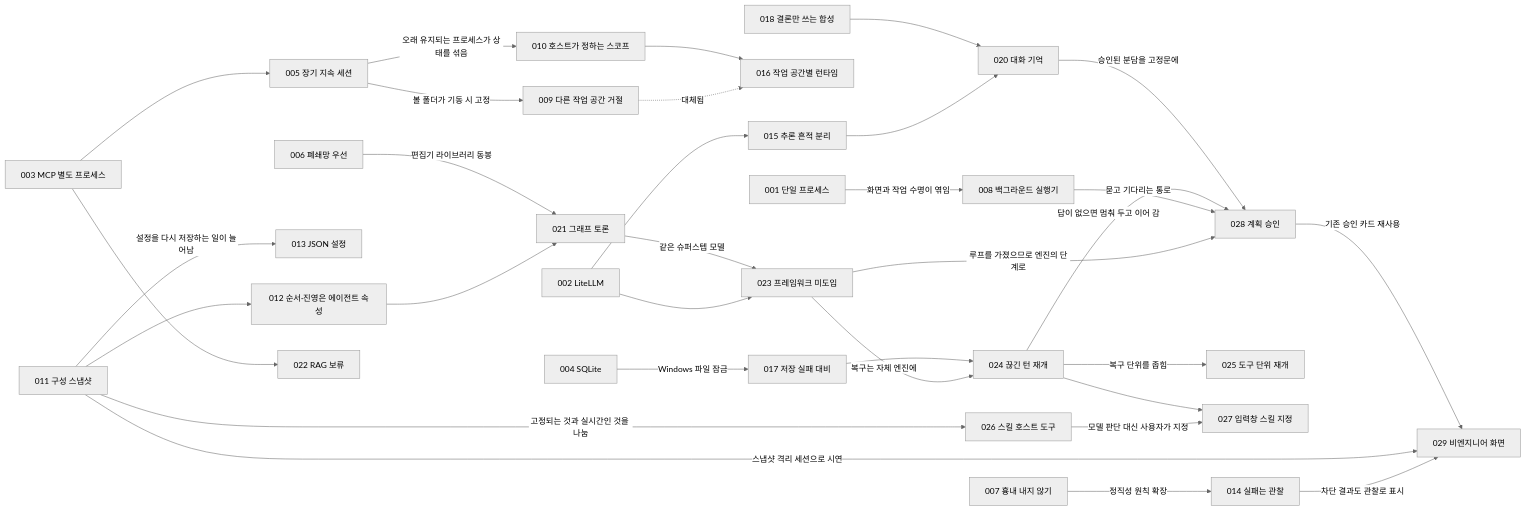
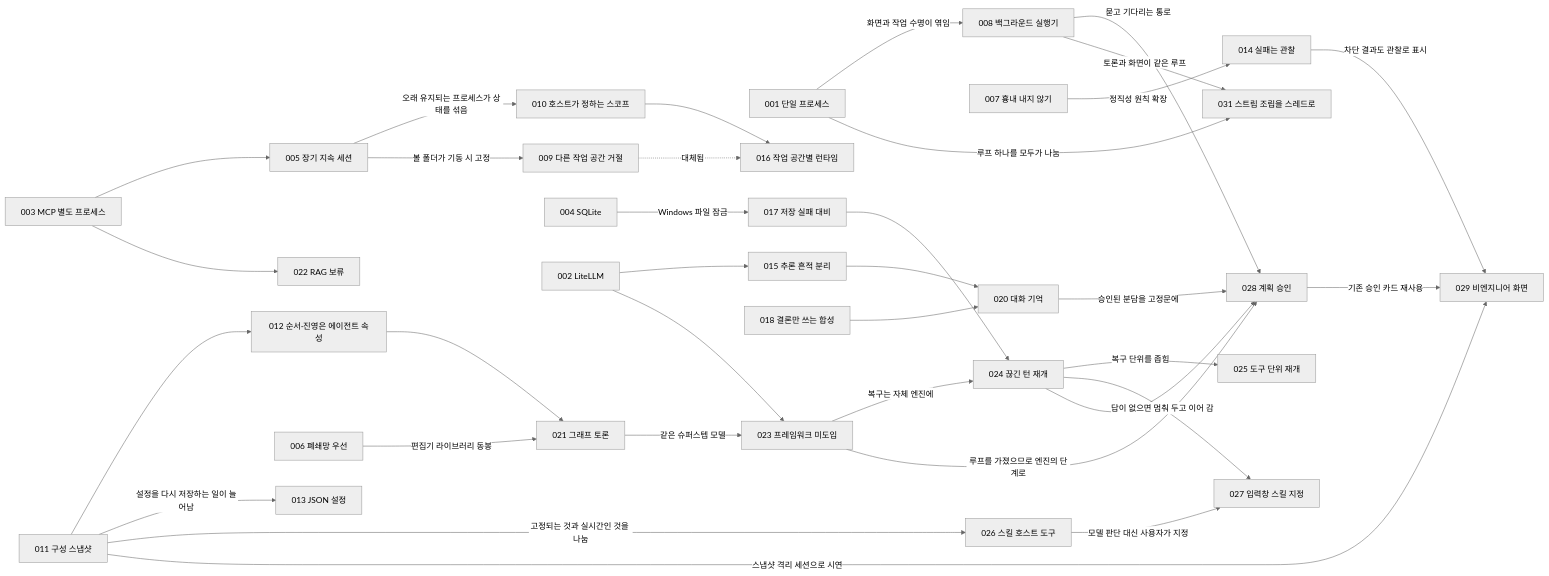
Before and after one commit to HaJaehee/MultiAgentDebateAndOrchestrationPlatform: the diagram in lectures/05-adr/README.md, drawn with Mermaid (neutral theme). The commit also changed other lines of this file and 8 other files, not shown here.

First line of the commit message:
fix: 스트림 조립(stream_chunk_builder)을 이벤트 루프 밖 스레드로 (ADR-031)

````diff
--- a/lectures/05-adr/README.md
+++ b/lectures/05-adr/README.md
@@ -75,34 +76,36 @@
 ```mermaid
 flowchart LR
     A001["001 단일 프로세스"] -->|"화면과 작업 수명이 엮임"| A008["008 백그라운드 실행기"]
     A003["003 MCP 별도 프로세스"] --> A005["005 장기 지속 세션"]
     A005 -->|"오래 유지되는 프로세스가 상태를 섞음"| A010["010 호스트가 정하는 스코프"]
     A005 -->|"볼 폴더가 기동 시 고정"| A009["009 다른 작업 공간 거절"]
     A009 -.->|"대체됨"| A016["016 작업 공간별 런타임"]
     A010 --> A016
     A007["007 흉내 내지 않기"] -->|"정직성 원칙 확장"| A014["014 실패는 관찰"]
     A004["004 SQLite"] -->|"Windows 파일 잠금"| A017["017 저장 실패 대비"]
     A011["011 구성 스냅샷"] --> A012["012 순서·진영은 에이전트 속성"]
     A011 -->|"설정을 다시 저장하는 일이 늘어남"| A013["013 JSON 설정"]
     A002["002 LiteLLM"] --> A015["015 추론 흔적 분리"]
     A015 --> A020["020 대화 기억"]
     A018["018 결론만 쓰는 합성"] --> A020
     A012 --> A021["021 그래프 토론"]
     A006["006 폐쇄망 우선"] -->|"편집기 라이브러리 동봉"| A021
     A003 --> A022["022 RAG 보류"]
     A002 --> A023["023 프레임워크 미도입"]
     A021 -->|"같은 슈퍼스텝 모델"| A023
     A023 -->|"복구는 자체 엔진에"| A024["024 끊긴 턴 재개"]
     A017 --> A024
     A024 -->|"복구 단위를 좁힘"| A025["025 도구 단위 재개"]
     A011 -->|"고정되는 것과 실시간인 것을 나눔"| A026["026 스킬 호스트 도구"]
     A026 -->|"모델 판단 대신 사용자가 지정"| A027["027 입력창 스킬 지정"]
     A024 --> A027
     A023 -->|"루프를 가졌으므로 엔진의 단계로"| A028["028 계획 승인"]
     A008 -->|"묻고 기다리는 통로"| A028
     A024 -->|"답이 없으면 멈춰 두고 이어 감"| A028
     A020 -->|"승인된 분담을 고정문에"| A028
     A014 -->|"차단 결과도 관찰로 표시"| A029["029 비엔지니어 화면"]
     A011 -->|"스냅샷 격리 세션으로 시연"| A029
     A028 -->|"기존 승인 카드 재사용"| A029
+    A001 -->|"루프 하나를 모두가 나눔"| A031["031 스트림 조립을 스레드로"]
+    A008 -->|"토론과 화면이 같은 루프"| A031
 ```
````
